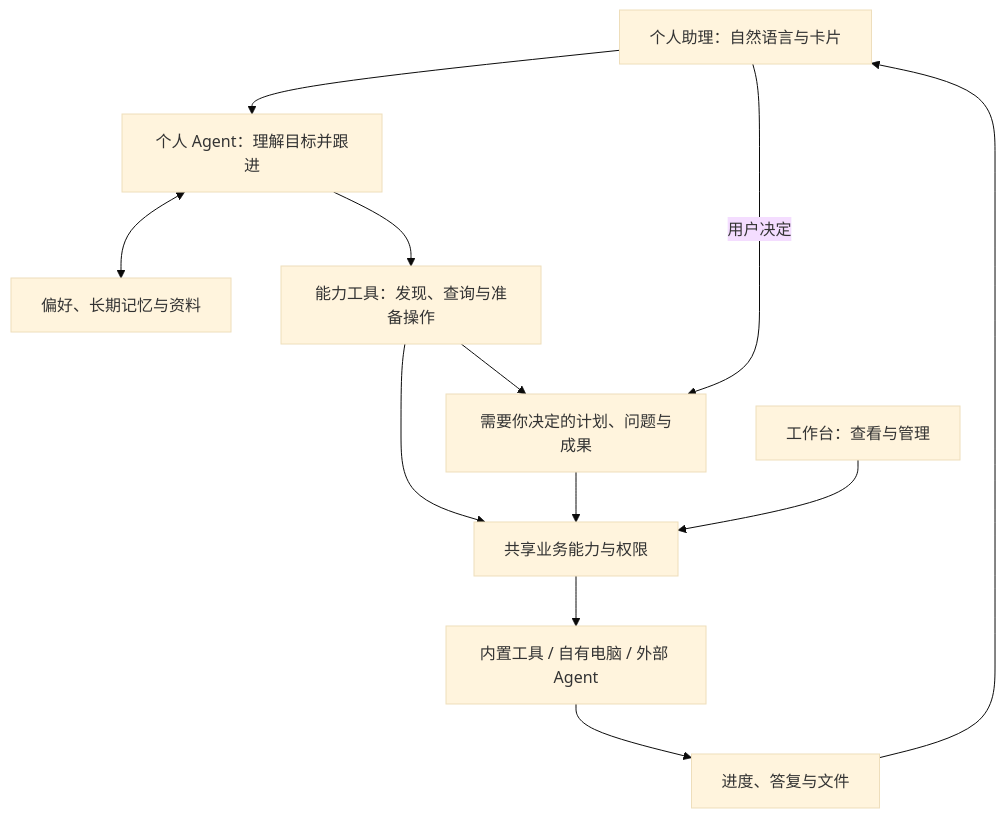
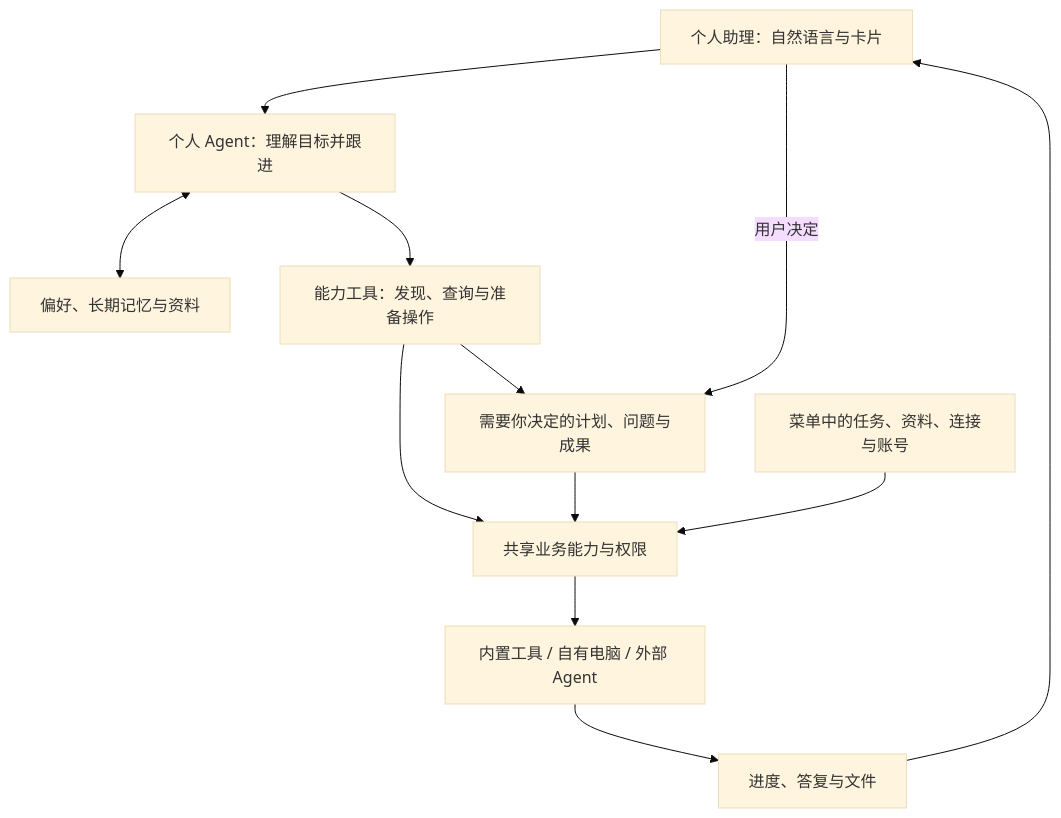
The diagram in README.md (zypgo/personal-agent), drawn with Mermaid (base theme) before and after one commit. The commit also changed other lines of this file and 38 other files, not shown here.

````diff
--- a/README.md
+++ b/README.md
@@ -31,14 +37,14 @@
 ```mermaid
 flowchart TB
     CHAT["个人助理：自然语言与卡片"] --> AGENT["个人 Agent：理解目标并跟进"]
     AGENT <--> MEMORY["偏好、长期记忆与资料"]
     AGENT --> TOOLS["能力工具：发现、查询与准备操作"]
     TOOLS --> BUSINESS["共享业务能力与权限"]
     TOOLS --> CARDS["需要你决定的计划、问题与成果"]
     CHAT -->|"用户决定"| CARDS
     CARDS --> BUSINESS
-    WORKBENCH["工作台：查看与管理"] --> BUSINESS
+    DRAWER["菜单中的任务、资料、连接与账号"] --> BUSINESS
     BUSINESS --> EXECUTION["内置工具 / 自有电脑 / 外部 Agent"]
     EXECUTION --> RESULTS["进度、答复与文件"]
     RESULTS --> CHAT
 ```
````
